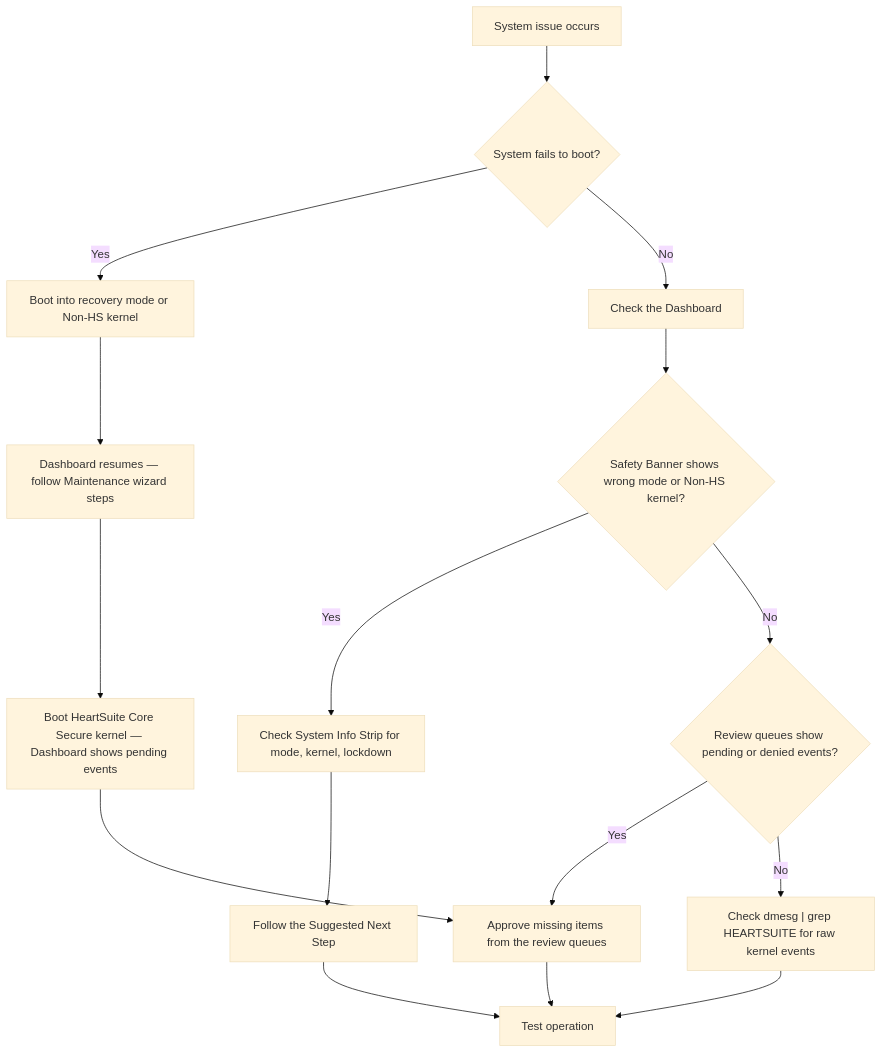
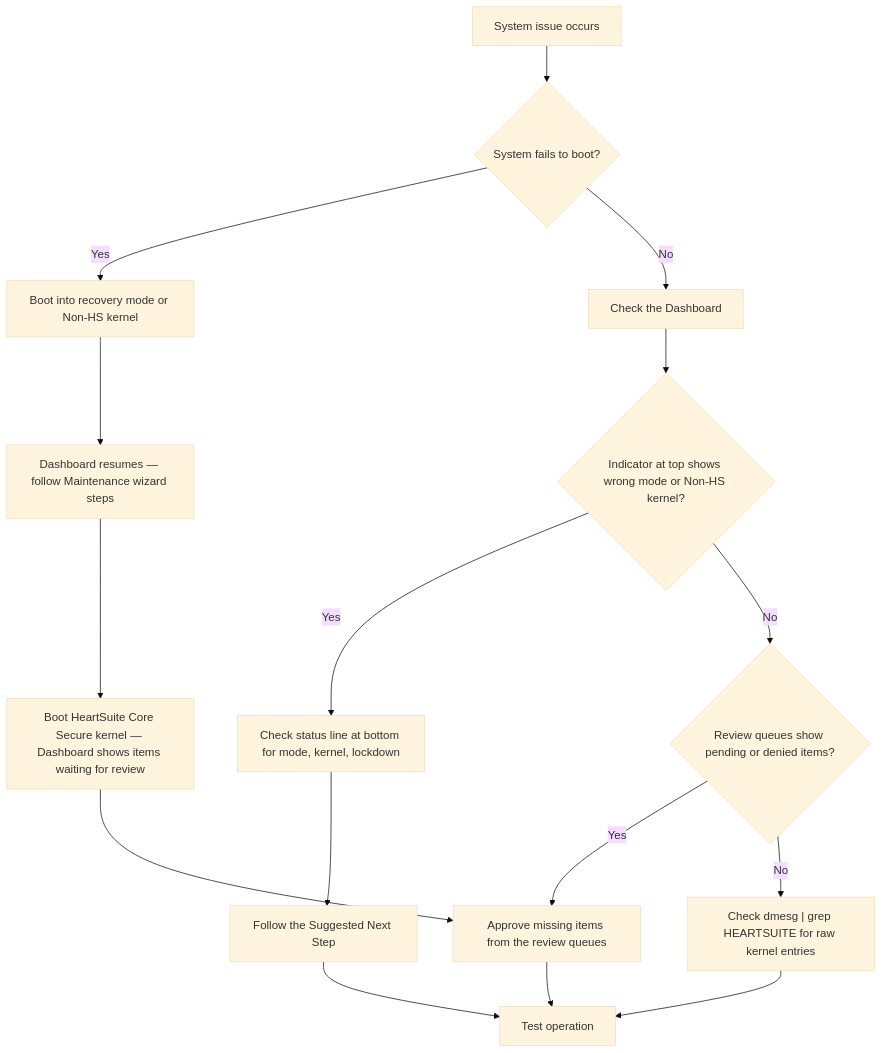
Before and after one commit to HeartSecuritySuite/heartsuite-docs: the diagram in content/en/docs/troubleshooting/index.md, drawn with Mermaid (base theme). The commit also changed other lines of this file and 28 other files, not shown here.

````diff
--- a/content/en/docs/troubleshooting/index.md
+++ b/content/en/docs/troubleshooting/index.md
@@ -13,18 +13,18 @@
 ```mermaid
 graph TD;
     A[System issue occurs] --> B{System fails to boot?};
     B -->|Yes| C[Boot into recovery mode or Non-HS kernel];
     C --> D["Dashboard resumes — follow Maintenance wizard steps"];
-    D --> E[Boot HeartSuite Core Secure kernel — Dashboard shows pending events];
+    D --> E[Boot HeartSuite Core Secure kernel — Dashboard shows items waiting for review];
     B -->|No| F[Check the Dashboard];
-    F --> G{Safety Banner shows wrong mode or Non-HS kernel?};
-    G -->|Yes| H[Check System Info Strip for mode, kernel, lockdown];
+    F --> G{Indicator at top shows wrong mode or Non-HS kernel?};
+    G -->|Yes| H[Check status line at bottom for mode, kernel, lockdown];
     H --> I[Follow the Suggested Next Step];
-    G -->|No| J{Review queues show pending or denied events?};
+    G -->|No| J{Review queues show pending or denied items?};
     J -->|Yes| K[Approve missing items from the review queues];
-    J -->|No| L["Check dmesg | grep HEARTSUITE for raw kernel events"];
+    J -->|No| L["Check dmesg | grep HEARTSUITE for raw kernel entries"];
     E --> K;
     K --> M[Test operation];
     I --> M;
     L --> M;
 ```
````
